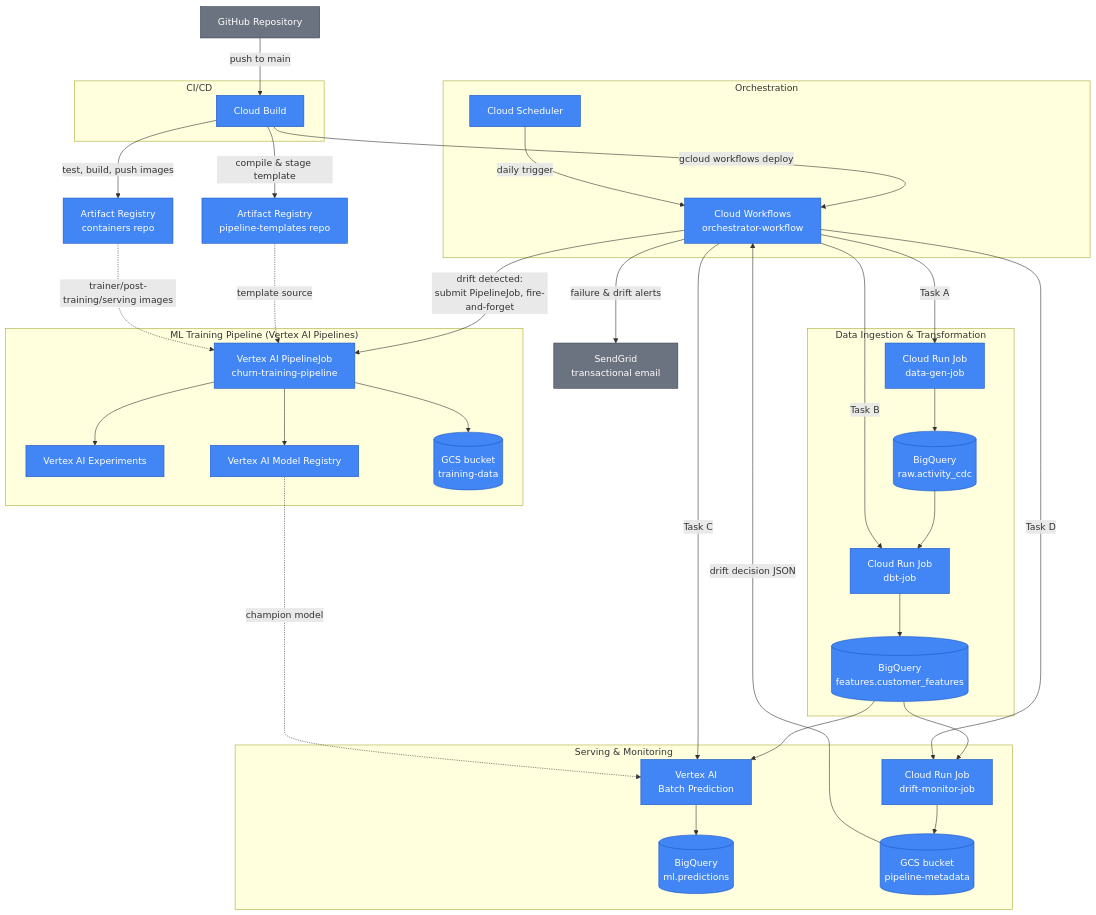
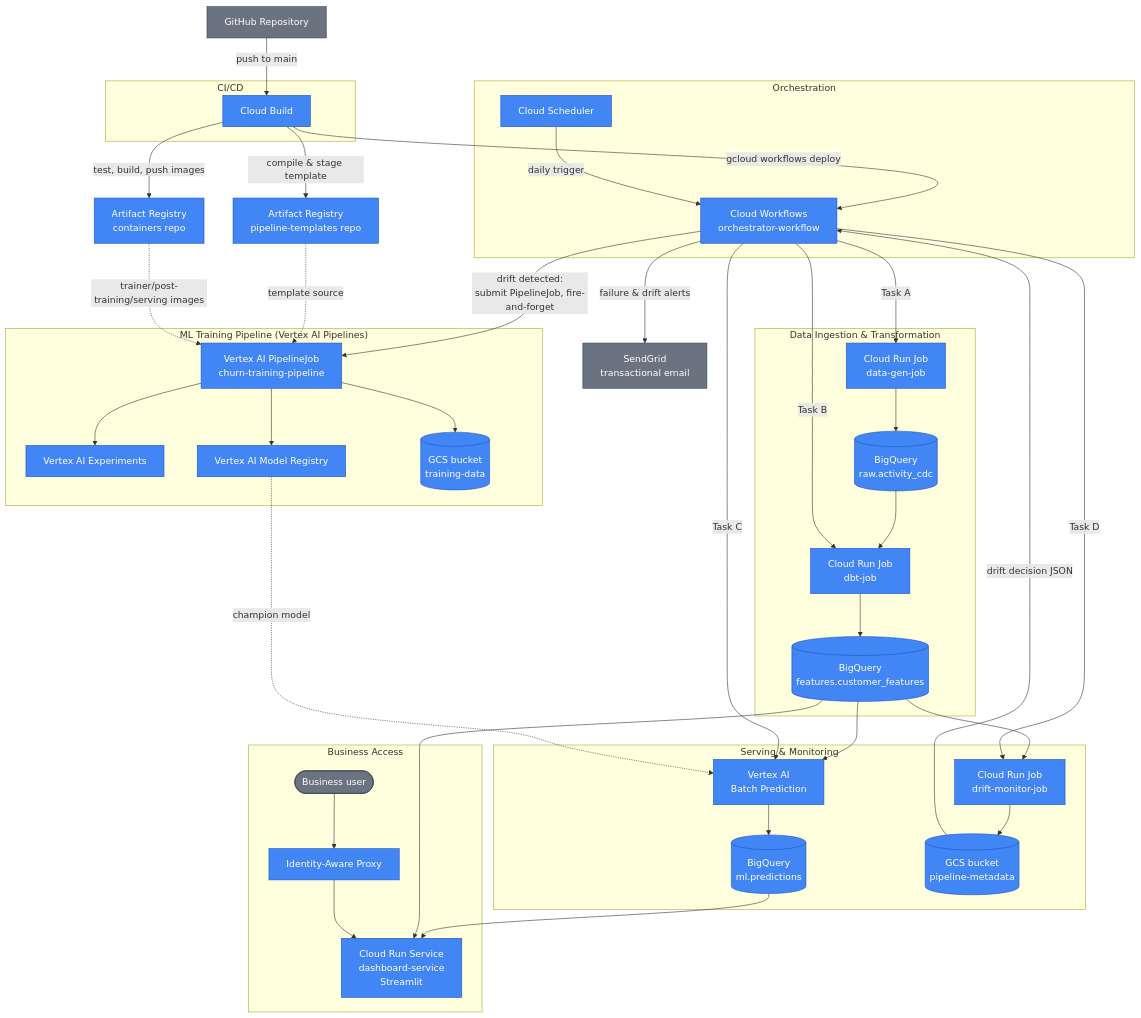
The diagram in README.md (marcopellegrinoit/gcp-mlops-customer-churn), drawn with Mermaid before and after one commit. The commit also changed other lines of this file and 124 other files, not shown here.

````diff
--- a/README.md
+++ b/README.md
@@ -31,55 +33,62 @@
 ```mermaid
 flowchart TB
     GH[GitHub Repository] -->|push to main| CB[Cloud Build]
 
     subgraph CICD["CI/CD"]
         CB
     end
 
     CB -->|test, build, push images| AR_C[Artifact Registry<br/>containers repo]
     CB -->|compile & stage template| AR_K[Artifact Registry<br/>pipeline-templates repo]
     CB -->|gcloud workflows deploy| WF
 
     subgraph ORCH["Orchestration"]
         SCHED[Cloud Scheduler] -->|daily trigger| WF[Cloud Workflows<br/>orchestrator-workflow]
     end
 
     subgraph DATA["Data Ingestion & Transformation"]
         DG[Cloud Run Job<br/>data-gen-job] --> BQ_RAW[(BigQuery<br/>raw.activity_cdc)]
         BQ_RAW --> DBT[Cloud Run Job<br/>dbt-job]
         DBT --> BQ_FEAT[(BigQuery<br/>features.customer_features)]
     end
 
     WF -->|Task A| DG
     WF -->|Task B| DBT
 
     subgraph SERVE["Serving & Monitoring"]
         BQ_FEAT --> BP[Vertex AI<br/>Batch Prediction]
         BP --> BQ_PRED[(BigQuery<br/>ml.predictions)]
         BQ_FEAT --> DM[Cloud Run Job<br/>drift-monitor-job]
         DM --> GCS_META[(GCS bucket<br/>pipeline-metadata)]
     end
 
+    subgraph BIZ["Business Access"]
+        BQ_PRED --> DASH[Cloud Run Service<br/>dashboard-service<br/>Streamlit]
+        BQ_FEAT --> DASH
+        IAP[Identity-Aware Proxy] --> DASH
+        USER([Business user]) --> IAP
+    end
+
     WF -->|Task C| BP
     WF -->|Task D| DM
     GCS_META -->|drift decision JSON| WF
 
     subgraph ML["ML Training Pipeline (Vertex AI Pipelines)"]
         VP[Vertex AI PipelineJob<br/>churn-training-pipeline]
         VP --> VE[Vertex AI Experiments]
         VP --> MR[Vertex AI Model Registry]
         VP --> GCS_TRAIN[(GCS bucket<br/>training-data)]
     end
 
     WF -->|drift detected:<br/>submit PipelineJob, fire-and-forget| VP
     AR_K -.->|template source| VP
     AR_C -.->|trainer/post-training/serving images| VP
     MR -.->|champion model| BP
 
     WF -->|failure & drift alerts| SG[SendGrid<br/>transactional email]
 
     classDef gcp fill:#4285F4,color:#ffffff,stroke:#1a56c4;
     classDef ext fill:#6b7280,color:#ffffff,stroke:#374151;
-    class CB,AR_C,AR_K,SCHED,WF,DG,DBT,BP,DM,VP,VE,MR,BQ_RAW,BQ_FEAT,BQ_PRED,GCS_META,GCS_TRAIN gcp;
-    class GH,SG ext;
+    class CB,AR_C,AR_K,SCHED,WF,DG,DBT,BP,DM,VP,VE,MR,BQ_RAW,BQ_FEAT,BQ_PRED,GCS_META,GCS_TRAIN,DASH,IAP gcp;
+    class GH,SG,USER ext;
 ```
````
